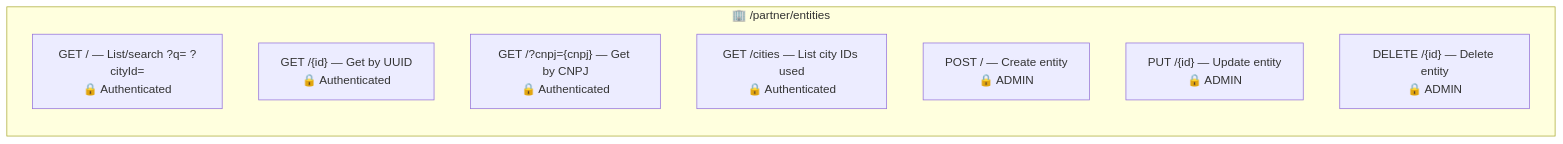
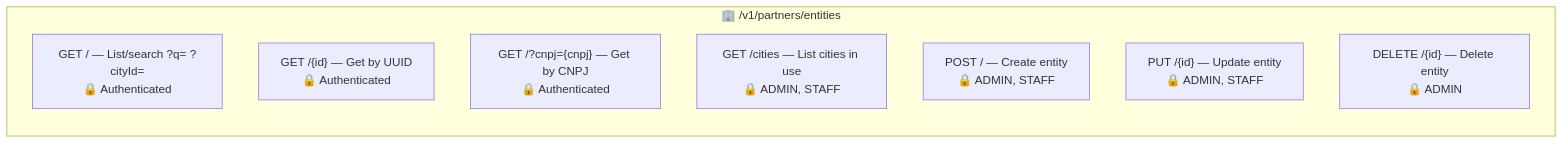
The second of 5 diagrams in pug-service/m-partner/README.md (Plataforma-Universidade-Gratuita/pug-docs), drawn with Mermaid before and after one commit. The commit also changed other lines of this file and 8 other files, not shown here.

````diff
--- a/pug-service/m-partner/README.md
+++ b/pug-service/m-partner/README.md
@@ -61,13 +61,13 @@
 ```mermaid
 graph LR
-    subgraph Entities["🏢 /partner/entities"]
+    subgraph Entities["🏢 /v1/partners/entities"]
         direction TB
         GET_LIST["GET / — List/search ?q= ?cityId=<br/>🔒 Authenticated"]
         GET_ID["GET /{id} — Get by UUID<br/>🔒 Authenticated"]
         GET_CNPJ["GET /?cnpj={cnpj} — Get by CNPJ<br/>🔒 Authenticated"]
-        GET_CITIES["GET /cities — List city IDs used<br/>🔒 Authenticated"]
-        POST["POST / — Create entity<br/>🔒 ADMIN"]
-        PUT["PUT /{id} — Update entity<br/>🔒 ADMIN"]
+        GET_CITIES["GET /cities — List cities in use<br/>🔒 ADMIN, STAFF"]
+        POST["POST / — Create entity<br/>🔒 ADMIN, STAFF"]
+        PUT["PUT /{id} — Update entity<br/>🔒 ADMIN, STAFF"]
         DELETE["DELETE /{id} — Delete entity<br/>🔒 ADMIN"]
     end
 ```
````
